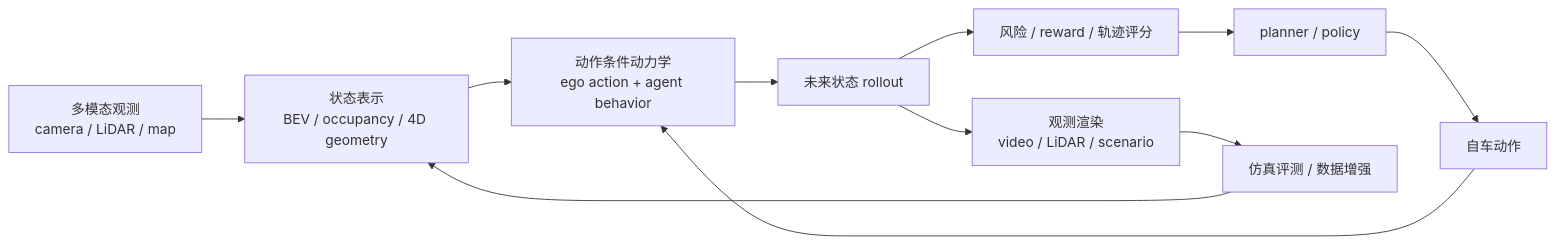
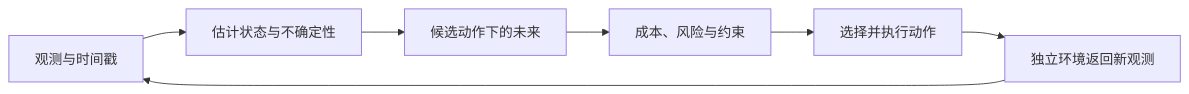
Before and after one commit to Charles2530/Charles-AI-notes: the diagram in files/thinking-exploration/autonomous-driving-world-models.md, drawn with Mermaid. The commit also changed other lines of this file and 954 other files, not shown here.

````diff
--- a/files/thinking-exploration/autonomous-driving-world-models.md
+++ b/files/thinking-exploration/autonomous-driving-world-models.md
@@ -171,13 +94,9 @@
 ```mermaid
 flowchart LR
-    A["多模态观测<br/>camera / LiDAR / map"] --> B["状态表示<br/>BEV / occupancy / 4D geometry"]
-    B --> C["动作条件动力学<br/>ego action + agent behavior"]
-    C --> D["未来状态 rollout"]
-    D --> E["风险 / reward / 轨迹评分"]
-    E --> F["planner / policy"]
-    F --> G["自车动作"]
-    G --> C
-    D --> H["观测渲染<br/>video / LiDAR / scenario"]
-    H --> I["仿真评测 / 数据增强"]
-    I --> B
+    O["观测与时间戳"] --> S["估计状态与不确定性"]
+    S --> P["候选动作下的未来"]
+    P --> C["成本、风险与约束"]
+    C --> A["选择并执行动作"]
+    A --> E["独立环境返回新观测"]
+    E --> O
 ```
````
